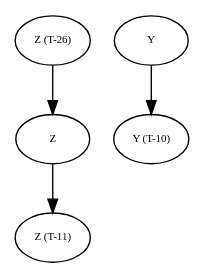
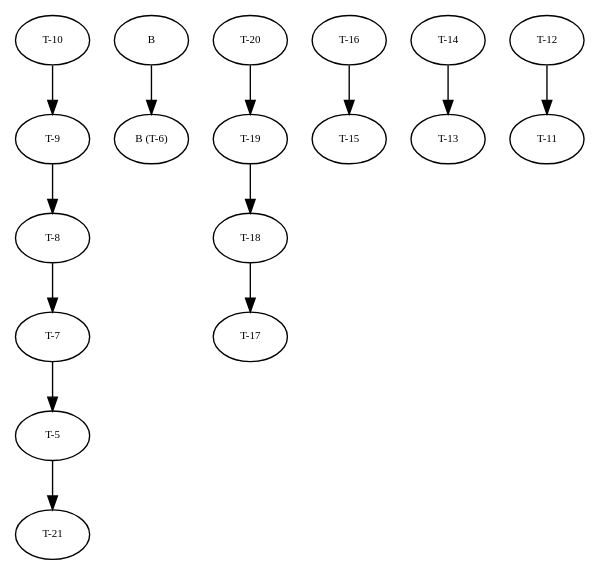
The diagram in graphs/debug_tree0.dot (amso100/livescript-declarations), drawn with Graphviz before and after one commit. The commit also changed 5 other files, not shown here.

```diff
--- a/graphs/debug_tree0.dot
+++ b/graphs/debug_tree0.dot
@@ -1,38 +1,139 @@
 digraph RGL__DirectedAdjacencyGraph {
-    "Z (T-26)" [
+    "T-5" [
         fontsize = 8,
-        label = "Z (T-26)"
+        label = "T-5"
     ]
 
-    Z [
+    "T-21" [
         fontsize = 8,
-        label = Z
+        label = "T-21"
     ]
 
-    "Z (T-11)" [
+    B [
         fontsize = 8,
-        label = "Z (T-11)"
+        label = B
     ]
 
-    Y [
+    "B (T-6)" [
         fontsize = 8,
-        label = Y
+        label = "B (T-6)"
     ]
 
-    "Y (T-10)" [
+    "T-7" [
         fontsize = 8,
-        label = "Y (T-10)"
+        label = "T-7"
     ]
 
-    "Z (T-26)" -> Z [
+    "T-20" [
+        fontsize = 8,
+        label = "T-20"
+    ]
+
+    "T-19" [
+        fontsize = 8,
+        label = "T-19"
+    ]
+
+    "T-18" [
+        fontsize = 8,
+        label = "T-18"
+    ]
+
+    "T-17" [
+        fontsize = 8,
+        label = "T-17"
+    ]
+
+    "T-16" [
+        fontsize = 8,
+        label = "T-16"
+    ]
+
+    "T-15" [
+        fontsize = 8,
+        label = "T-15"
+    ]
+
+    "T-14" [
+        fontsize = 8,
+        label = "T-14"
+    ]
+
+    "T-13" [
+        fontsize = 8,
+        label = "T-13"
+    ]
+
+    "T-12" [
+        fontsize = 8,
+        label = "T-12"
+    ]
+
+    "T-11" [
+        fontsize = 8,
+        label = "T-11"
+    ]
+
+    "T-10" [
+        fontsize = 8,
+        label = "T-10"
+    ]
+
+    "T-9" [
+        fontsize = 8,
+        label = "T-9"
+    ]
+
+    "T-8" [
+        fontsize = 8,
+        label = "T-8"
+    ]
+
+    "T-5" -> "T-21" [
         fontsize = 8
     ]
 
-    Z -> "Z (T-11)" [
+    B -> "B (T-6)" [
         fontsize = 8
     ]
 
-    Y -> "Y (T-10)" [
+    "T-7" -> "T-5" [
+        fontsize = 8
+    ]
+
+    "T-20" -> "T-19" [
+        fontsize = 8
+    ]
+
+    "T-19" -> "T-18" [
+        fontsize = 8
+    ]
+
+    "T-18" -> "T-17" [
+        fontsize = 8
+    ]
+
+    "T-16" -> "T-15" [
+        fontsize = 8
+    ]
+
+    "T-14" -> "T-13" [
+        fontsize = 8
+    ]
+
+    "T-12" -> "T-11" [
+        fontsize = 8
+    ]
+
+    "T-10" -> "T-9" [
+        fontsize = 8
+    ]
+
+    "T-9" -> "T-8" [
+        fontsize = 8
+    ]
+
+    "T-8" -> "T-7" [
         fontsize = 8
     ]
 }
```
